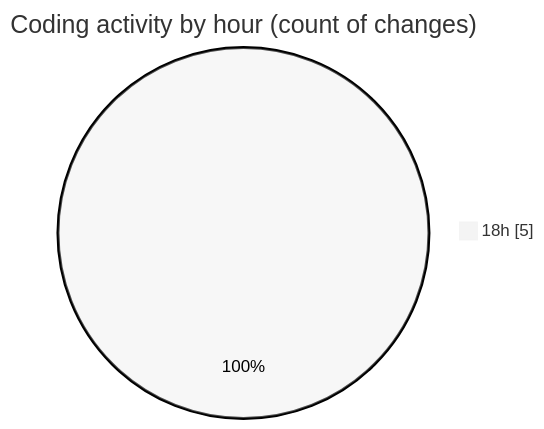
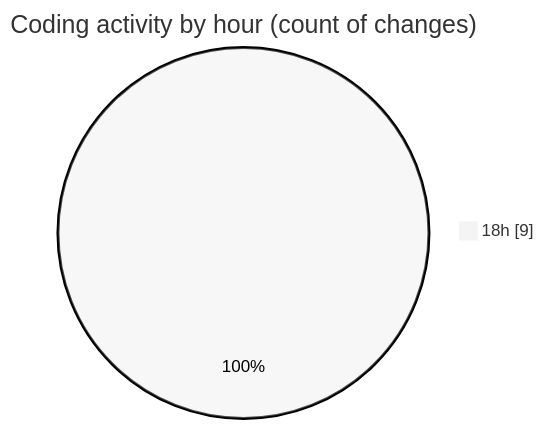
Before and after one commit to JenPaints/code-tracking: the second of 2 diagrams in 2025-06-22/1bhk_life/README.md, drawn with Mermaid (neutral theme). The commit also changed other lines of this file and 1 other file, not shown here.

````diff
--- a/2025-06-22/1bhk_life/README.md
+++ b/2025-06-22/1bhk_life/README.md
@@ -30,5 +31,5 @@
 ```mermaid
 pie showData
 title Coding activity by hour (count of changes)
-"18h" : 5
+"18h" : 9
 ```
````
